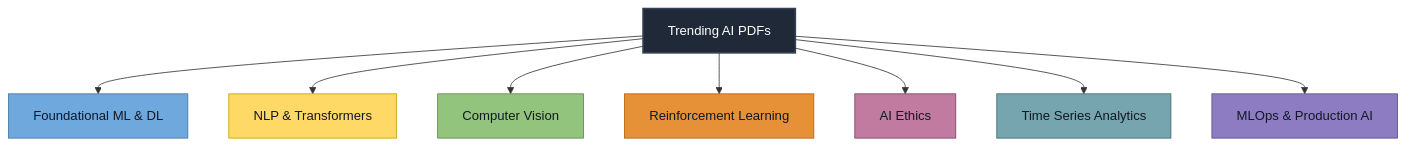
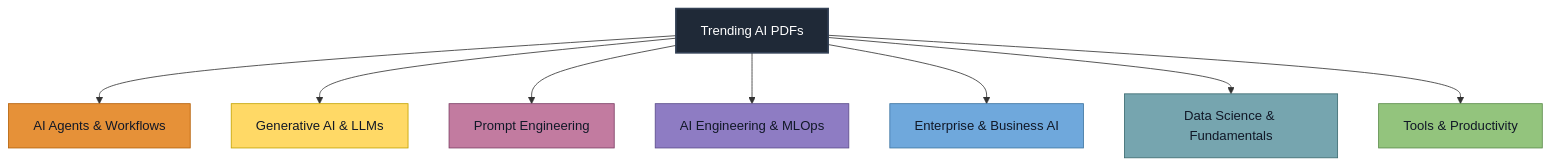
Before and after one commit to MohammedNasserAhmed/Trending-AI-PDFs: the diagram in README.md, drawn with Mermaid. The commit also changed other lines of this file, not shown here.

Commit message:
docs: update README with new tools, sections, and architecture

````diff
--- a/README.md
+++ b/README.md
@@ -122,20 +138,20 @@
 ```mermaid
 flowchart TB
     A[Trending AI PDFs]:::root
-    A --> B[Foundational ML & DL]:::dl
-    A --> C[NLP & Transformers]:::nlp
-    A --> D[Computer Vision]:::cv
-    A --> E[Reinforcement Learning]:::rl
-    A --> F[AI Ethics]:::ethics
-    A --> G[Time Series Analytics]:::ts
-    A --> H[MLOps & Production AI]:::mlops
+    A --> B[AI Agents & Workflows]:::agents
+    A --> C[Generative AI & LLMs]:::genai
+    A --> D[Prompt Engineering]:::prompt
+    A --> E[AI Engineering & MLOps]:::mlops
+    A --> F[Enterprise & Business AI]:::biz
+    A --> G[Data Science & Fundamentals]:::ds
+    A --> H[Tools & Productivity]:::tools
 
     classDef root fill:#1f2937,color:#ffffff,stroke:#334155,stroke-width:2px
-    classDef dl fill:#6fa8dc,color:#111827,stroke:#3d75a1
-    classDef nlp fill:#ffd966,color:#111827,stroke:#c4a300
-    classDef cv fill:#93c47d,color:#111827,stroke:#5a8b49
-    classDef rl fill:#e69138,color:#111827,stroke:#b45f06
-    classDef ethics fill:#c27ba0,color:#111827,stroke:#7d3f65
-    classDef ts fill:#76a5af,color:#111827,stroke:#3b6a70
+    classDef agents fill:#e69138,color:#111827,stroke:#b45f06
+    classDef genai fill:#ffd966,color:#111827,stroke:#c4a300
+    classDef prompt fill:#c27ba0,color:#111827,stroke:#7d3f65
     classDef mlops fill:#8e7cc3,color:#111827,stroke:#5b4b8a
+    classDef biz fill:#6fa8dc,color:#111827,stroke:#3d75a1
+    classDef ds fill:#76a5af,color:#111827,stroke:#3b6a70
+    classDef tools fill:#93c47d,color:#111827,stroke:#5a8b49
 ```
````
